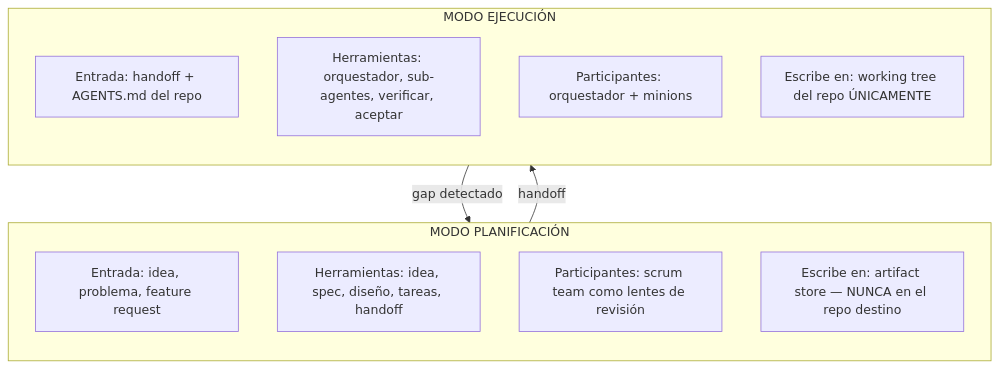
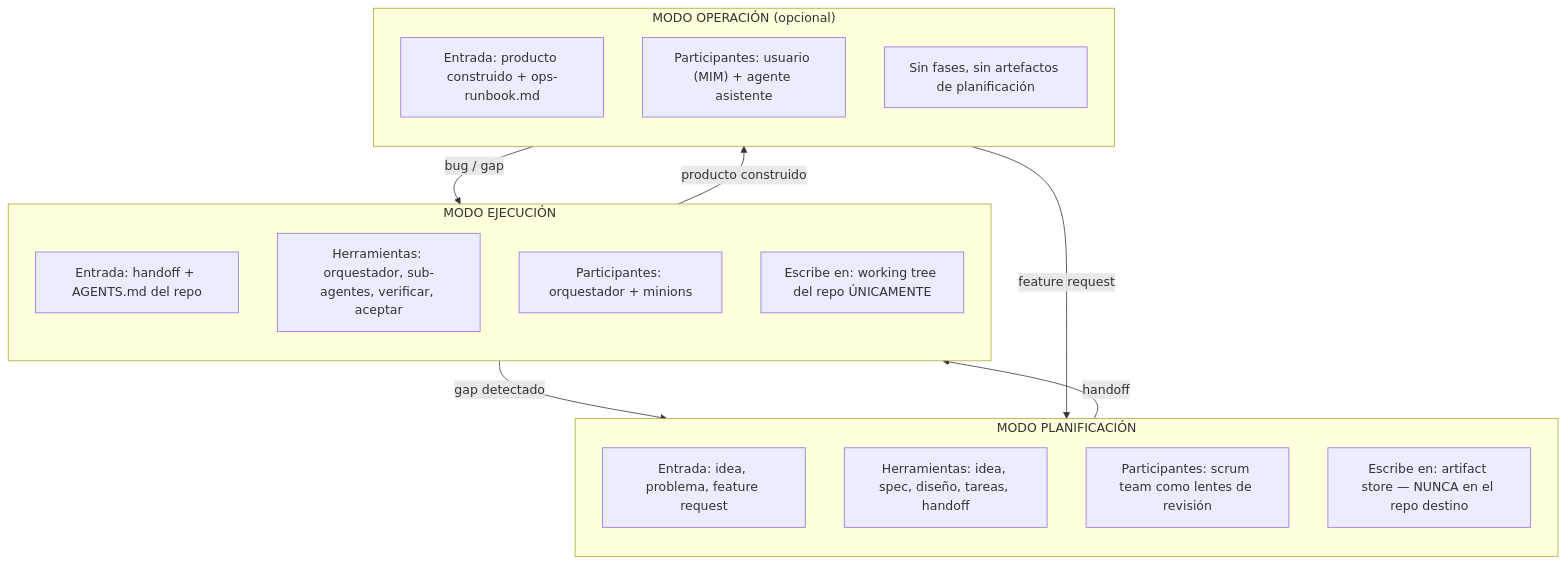
The fourth of 4 diagrams in docs/planning/operational-model.md (virgenherrera/idea-to-mvp), drawn with Mermaid before and after one commit. The commit also changed other lines of this file and 7 other files, not shown here.

````diff
--- a/docs/planning/operational-model.md
+++ b/docs/planning/operational-model.md
@@ -272,22 +292,33 @@
 ```mermaid
 flowchart TD
     subgraph PLAN["MODO PLANIFICACIÓN"]
         direction TB
         P_IN["Entrada: idea, problema, feature request"]
         P_TOOLS["Herramientas: idea, spec, diseño, tareas, handoff"]
         P_WHO["Participantes: scrum team como lentes de revisión"]
         P_OUT["Escribe en: artifact store — NUNCA en el repo destino"]
     end
 
     PLAN -->|handoff| EXEC
 
     subgraph EXEC["MODO EJECUCIÓN"]
         direction TB
         E_IN["Entrada: handoff + AGENTS.md del repo"]
         E_TOOLS["Herramientas: orquestador, sub-agentes, verificar, aceptar"]
         E_WHO["Participantes: orquestador + minions"]
         E_OUT["Escribe en: working tree del repo ÚNICAMENTE"]
     end
 
+    EXEC -->|"producto construido"| OP
+
+    subgraph OP["MODO OPERACIÓN (opcional)"]
+        direction TB
+        O_IN["Entrada: producto construido + ops-runbook.md"]
+        O_WHO["Participantes: usuario (MIM) + agente asistente"]
+        O_OUT["Sin fases, sin artefactos de planificación"]
+    end
+
     EXEC -->|"gap detectado"| PLAN
+    OP -->|"bug / gap"| EXEC
+    OP -->|"feature request"| PLAN
 ```
````
